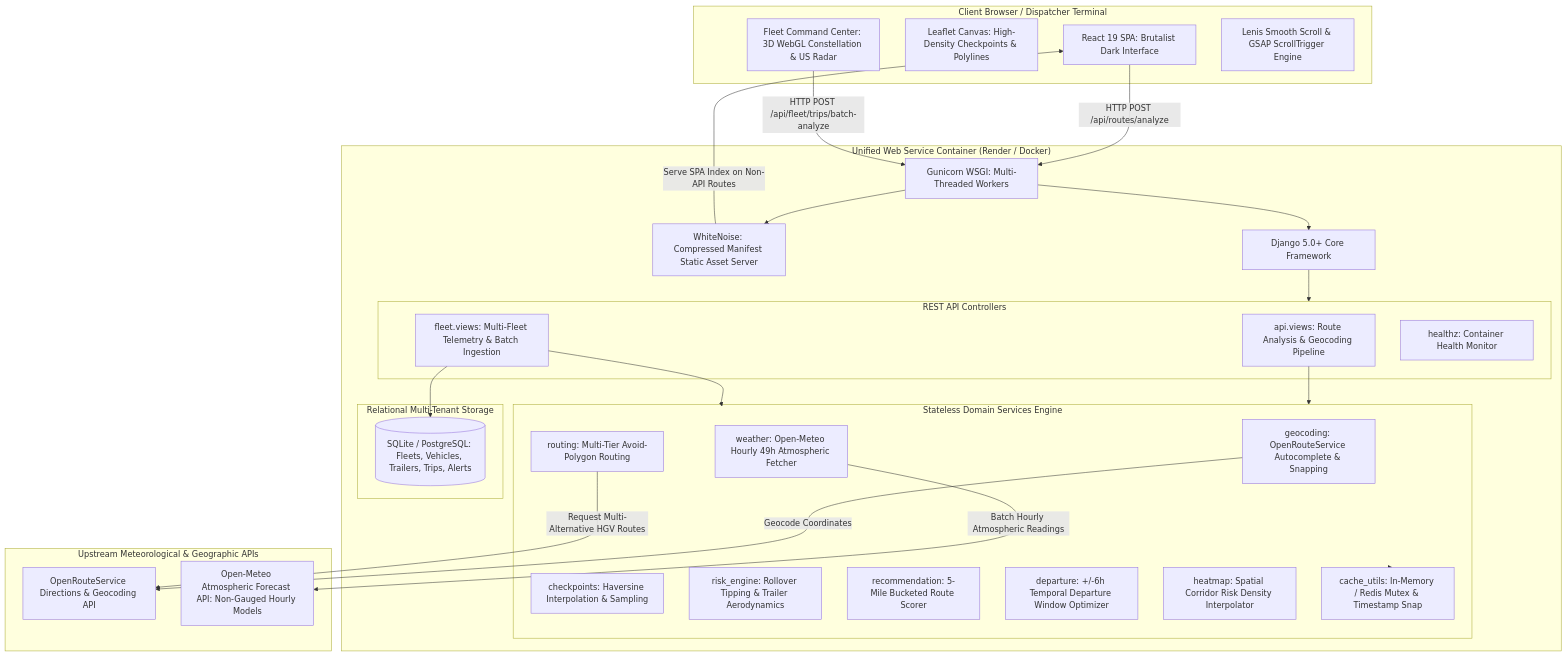
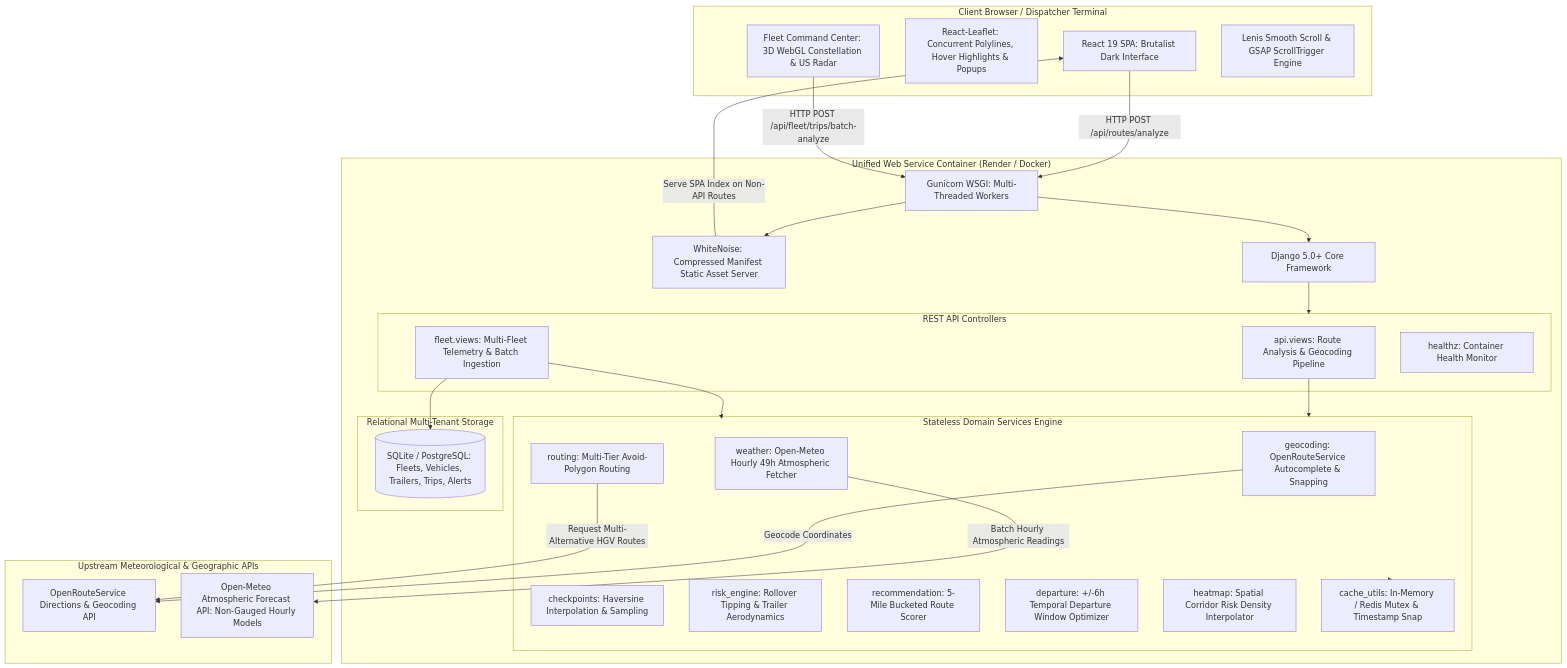
One commit to Mzuhaibkhan/Route_router changed the first of 3 diagrams in docs/architecture.md. Above: the diagram before and after it, drawn with Mermaid. The commit also changed other lines of this file and 3 other files, not shown here.

Commit message:
docs: update architecture, leaflet mapping engine, and spatial search specs

````diff
--- a/docs/architecture.md
+++ b/docs/architecture.md
@@ -7,56 +7,56 @@
 ```mermaid
 graph TB
   subgraph Client ["Client Browser / Dispatcher Terminal"]
     UI[React 19 SPA: Brutalist Dark Interface]
-    CanvasMap[Leaflet Canvas: High-Density Checkpoints & Polylines]
+    InteractiveMap[React-Leaflet: Concurrent Polylines, Hover Highlights & Popups]
     FleetRadar[Fleet Command Center: 3D WebGL Constellation & US Radar]
     LenisScroll[Lenis Smooth Scroll & GSAP ScrollTrigger Engine]
   end
 
   subgraph Hosting ["Unified Web Service Container (Render / Docker)"]
     Gunicorn[Gunicorn WSGI: Multi-Threaded Workers]
     WhiteNoise[WhiteNoise: Compressed Manifest Static Asset Server]
     Django[Django 5.0+ Core Framework]
 
     subgraph DRF ["REST API Controllers"]
       RouteViews[api.views: Route Analysis & Geocoding Pipeline]
       FleetViews[fleet.views: Multi-Fleet Telemetry & Batch Ingestion]
       HealthView[healthz: Container Health Monitor]
     end
 
     subgraph Services ["Stateless Domain Services Engine"]
       GeoService[geocoding: OpenRouteService Autocomplete & Snapping]
       RoutingEngine[routing: Multi-Tier Avoid-Polygon Routing]
       CheckpointEngine[checkpoints: Haversine Interpolation & Sampling]
       WeatherService[weather: Open-Meteo Hourly 49h Atmospheric Fetcher]
       RiskEngine[risk_engine: Rollover Tipping & Trailer Aerodynamics]
       Recommender[recommendation: 5-Mile Bucketed Route Scorer]
       DepartureAdvisor[departure: +/-6h Temporal Departure Window Optimizer]
       HeatmapEngine[heatmap: Spatial Corridor Risk Density Interpolator]
       CacheLayer[cache_utils: In-Memory / Redis Mutex & Timestamp Snap]
     end
 
     subgraph Persistence ["Relational Multi-Tenant Storage"]
       DB[(SQLite / PostgreSQL: Fleets, Vehicles, Trailers, Trips, Alerts)]
     end
   end
 
   subgraph ExternalAPIs ["Upstream Meteorological & Geographic APIs"]
     ORS[OpenRouteService Directions & Geocoding API]
     OpenMeteo[Open-Meteo Atmospheric Forecast API: Non-Gauged Hourly Models]
   end
 
   UI -->|HTTP POST /api/routes/analyze| Gunicorn
   FleetRadar -->|HTTP POST /api/fleet/trips/batch-analyze| Gunicorn
   Gunicorn --> WhiteNoise
   WhiteNoise -->|Serve SPA Index on Non-API Routes| UI
   Gunicorn --> Django
   Django --> DRF
   RouteViews --> Services
   FleetViews --> Services
   FleetViews --> DB
   GeoService -->|Geocode Coordinates| ORS
   RoutingEngine -->|Request Multi-Alternative HGV Routes| ORS
   WeatherService -->|Batch Hourly Atmospheric Readings| OpenMeteo
   Services --> CacheLayer
 ```
````
